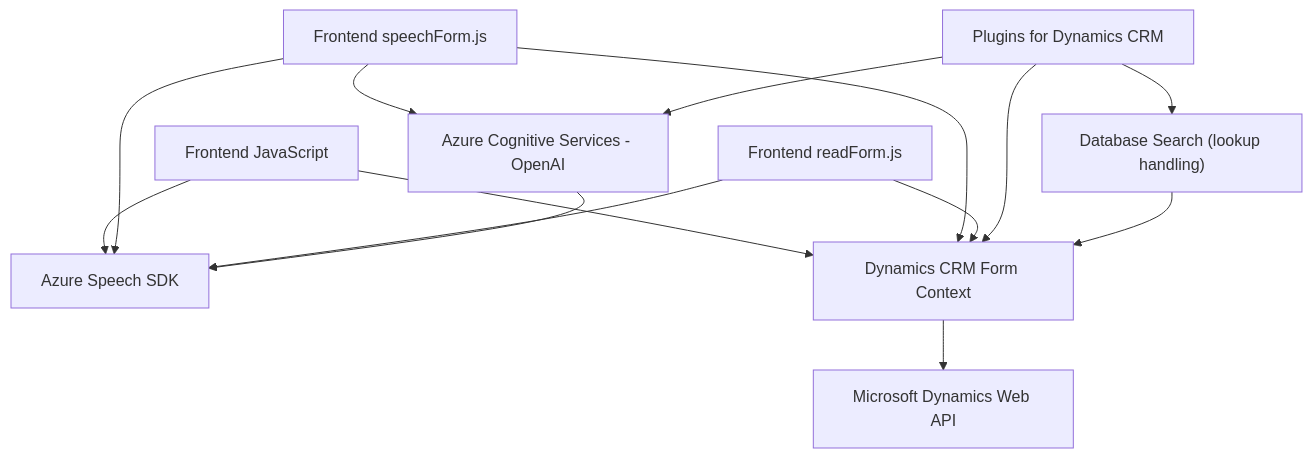
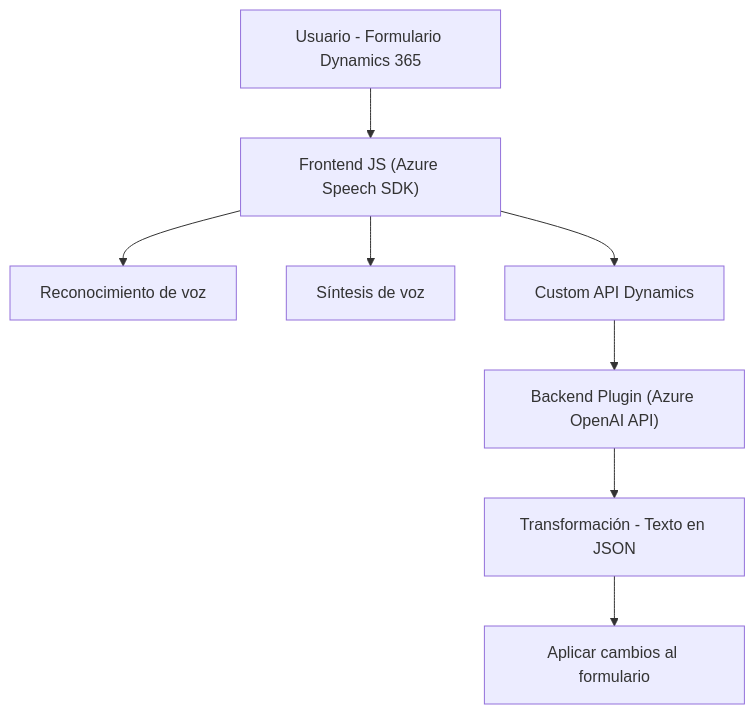
Before and after one commit to blopezdm/NETCORE_BILBAO2025: the diagram in README.md, drawn with Mermaid. The commit also changed other lines of this file, not shown here.

````diff
--- a/README.md
+++ b/README.md
@@ -41,27 +42,10 @@
 ```mermaid
 graph TD
-    A["Frontend JavaScript"]
-    B["Frontend speechForm.js"]
-    C["Frontend readForm.js"]
-    D["Azure Speech SDK"]
-    E["Azure Cognitive Services - OpenAI"]
-    F["Dynamics CRM Form Context"]
-
-    G["Plugins for Dynamics CRM"]
-    H["Database Search (lookup handling)"]
-    I["Microsoft Dynamics Web API"]
-
-    A --> D
-    A --> F
-    B --> D
-    B --> E
-    B --> F
-    C --> D
-    C --> F
-    E --> D
-    G --> E
-    G --> F
-    G --> H
-    H --> F
-    F --> I
+    A["Usuario - Formulario Dynamics 365"] --> B["Frontend JS (Azure Speech SDK)"]
+    B --> C["Reconocimiento de voz"]
+    B --> D["Síntesis de voz"]
+    B --> E["Custom API Dynamics"]
+    E --> F["Backend Plugin (Azure OpenAI API)"]
+    F --> G["Transformación - Texto en JSON"]
+    G --> H["Aplicar cambios al formulario"]
 ```
````
